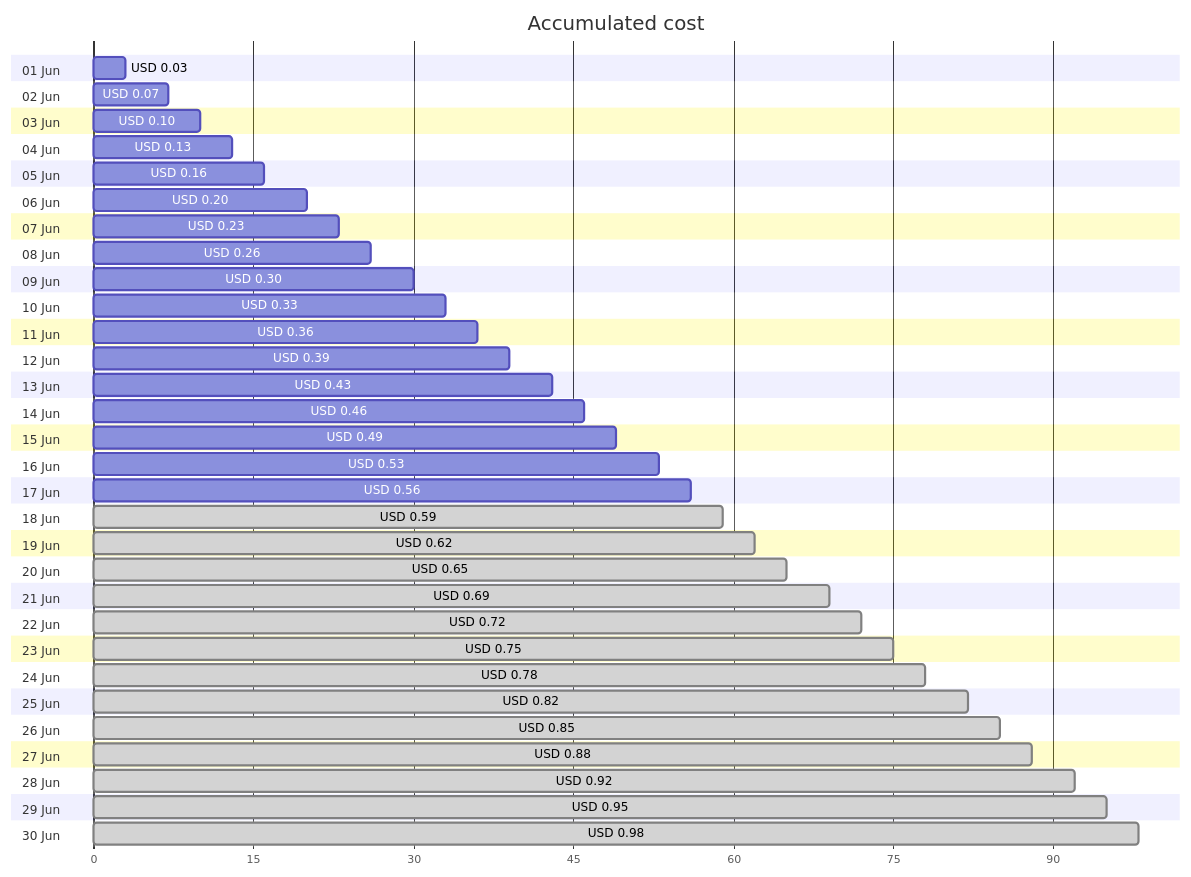
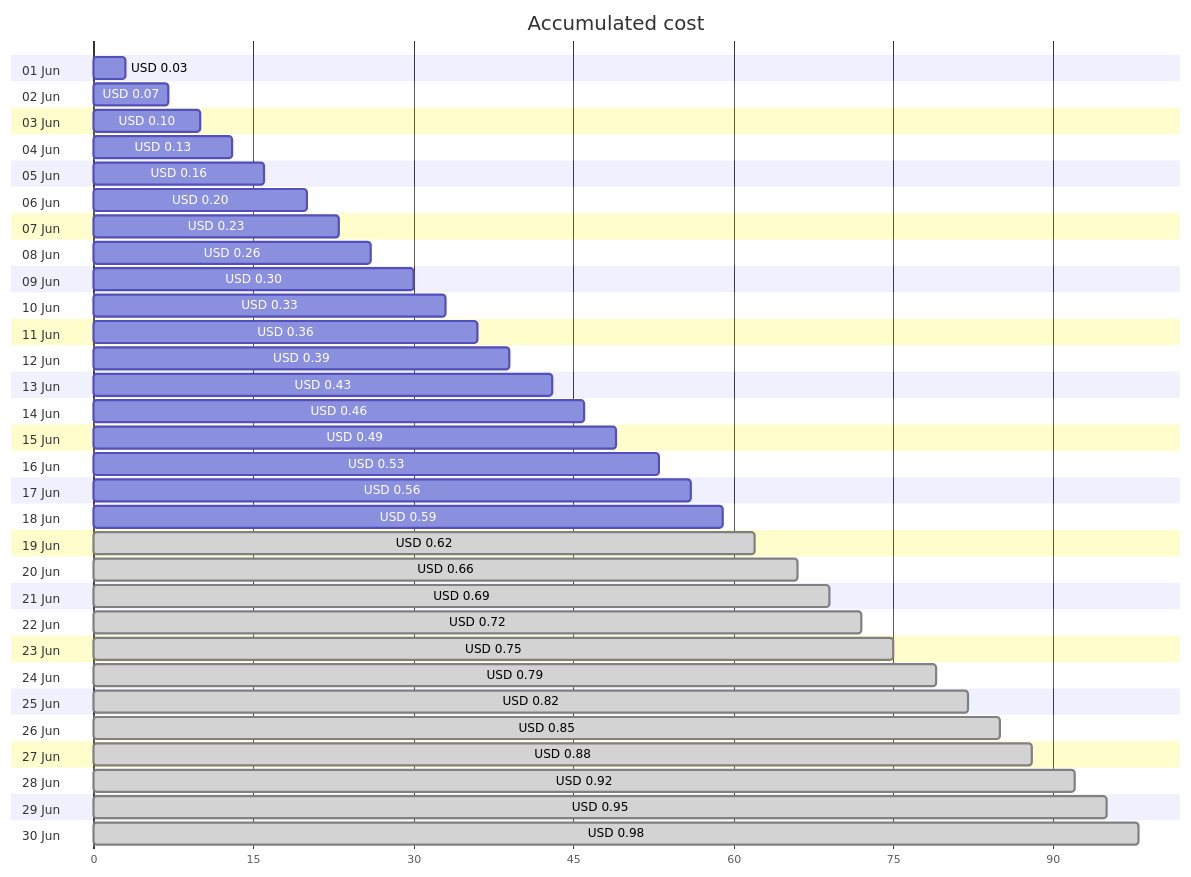
One commit to jpfulton/azure-personal-reports changed the first of 4 diagrams in cost-reports/personal-dns/README.md. Above: the diagram before and after it, drawn with Mermaid. The commit also changed other lines of this file and 2 other files, not shown here.

````diff
--- a/cost-reports/personal-dns/README.md
+++ b/cost-reports/personal-dns/README.md
@@ -20,66 +20,66 @@
 ```mermaid
 gantt
    title Accumulated cost
    dateFormat  X
    axisFormat %s
    section 01 Jun
    USD 0.03 :0, 3
    section 02 Jun
    USD 0.07 :0, 7
    section 03 Jun
    USD 0.10 :0, 10
    section 04 Jun
    USD 0.13 :0, 13
    section 05 Jun
    USD 0.16 :0, 16
    section 06 Jun
    USD 0.20 :0, 20
    section 07 Jun
    USD 0.23 :0, 23
    section 08 Jun
    USD 0.26 :0, 26
    section 09 Jun
    USD 0.30 :0, 30
    section 10 Jun
    USD 0.33 :0, 33
    section 11 Jun
    USD 0.36 :0, 36
    section 12 Jun
    USD 0.39 :0, 39
    section 13 Jun
    USD 0.43 :0, 43
    section 14 Jun
    USD 0.46 :0, 46
    section 15 Jun
    USD 0.49 :0, 49
    section 16 Jun
    USD 0.53 :0, 53
    section 17 Jun
    USD 0.56 :0, 56
    section 18 Jun
-   USD 0.59 : done, 0, 59
+   USD 0.59 :0, 59
    section 19 Jun
    USD 0.62 : done, 0, 62
    section 20 Jun
-   USD 0.65 : done, 0, 65
+   USD 0.66 : done, 0, 66
    section 21 Jun
    USD 0.69 : done, 0, 69
    section 22 Jun
    USD 0.72 : done, 0, 72
    section 23 Jun
    USD 0.75 : done, 0, 75
    section 24 Jun
-   USD 0.78 : done, 0, 78
+   USD 0.79 : done, 0, 79
    section 25 Jun
    USD 0.82 : done, 0, 82
    section 26 Jun
    USD 0.85 : done, 0, 85
    section 27 Jun
    USD 0.88 : done, 0, 88
    section 28 Jun
    USD 0.92 : done, 0, 92
    section 29 Jun
    USD 0.95 : done, 0, 95
    section 30 Jun
    USD 0.98 : done, 0, 98
 ```
````
